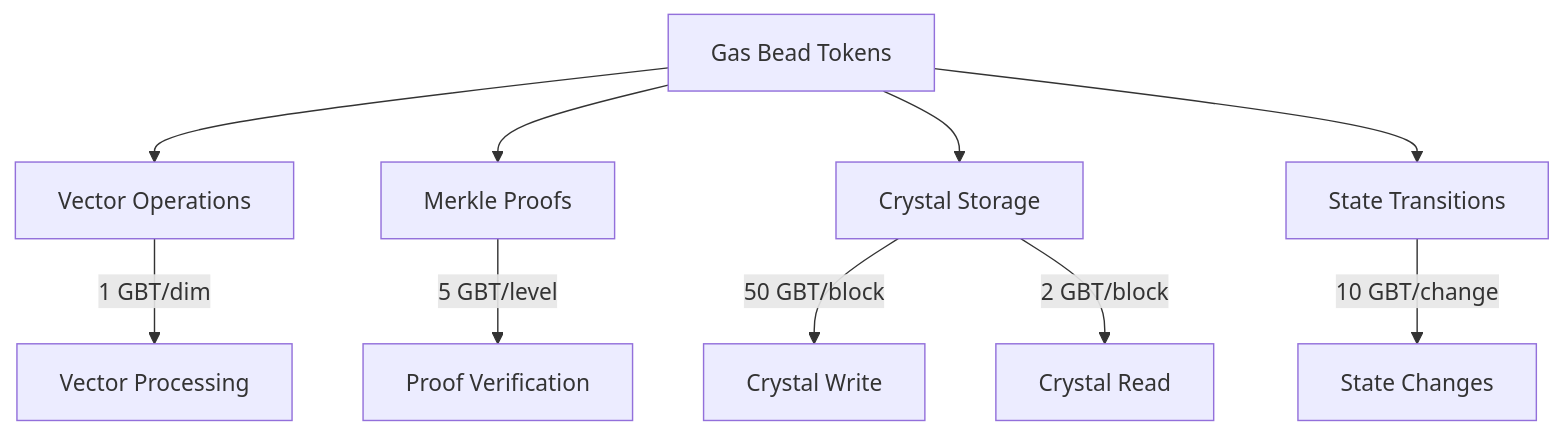
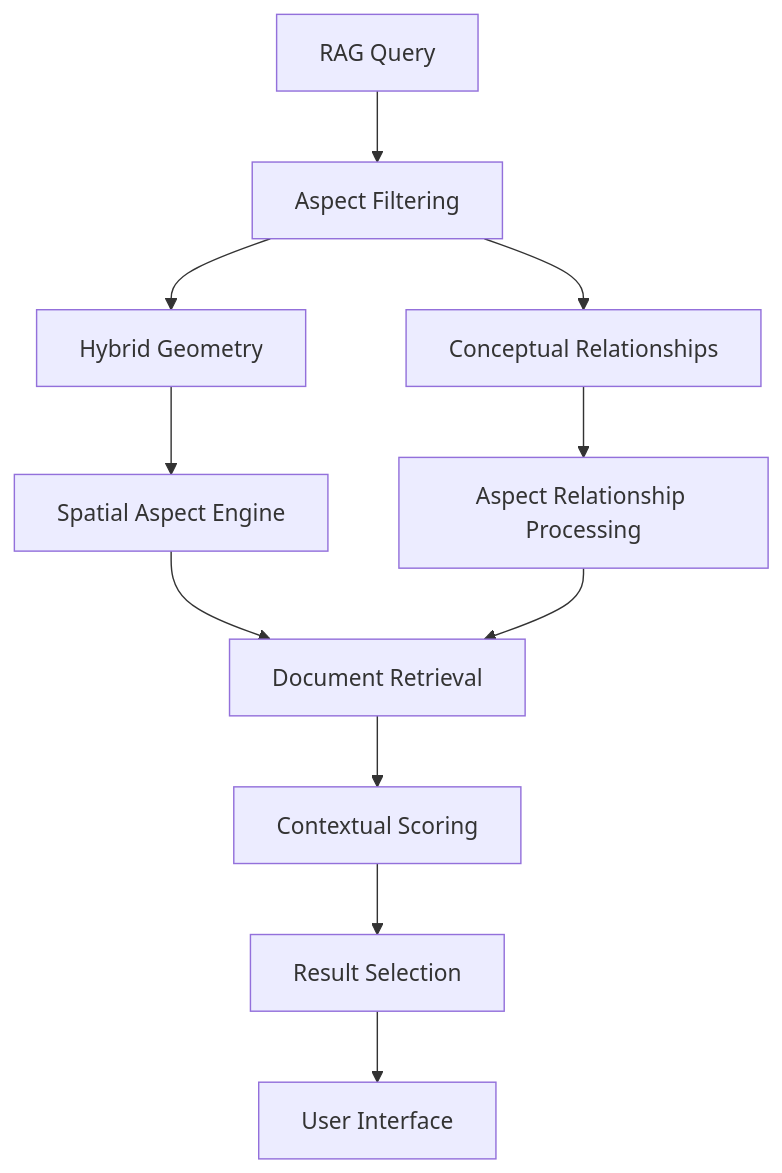
The ninth of 13 diagrams in docs/2. the cybernetic system/memorativa-2-22-percept-computational-architecture.md (heavyblotto/memorativa), drawn with Mermaid before and after one commit. The commit also changed other lines of this file and 2 other files, not shown here.

````diff
--- a/docs/2. the cybernetic system/memorativa-2-22-percept-computational-architecture.md
+++ b/docs/2. the cybernetic system/memorativa-2-22-percept-computational-architecture.md
@@ -548,13 +766,17 @@
 ```mermaid
 graph TD
-    GBT[Gas Bead Tokens] --> VO[Vector Operations]
-    GBT --> MP[Merkle Proofs]
-    GBT --> CS[Crystal Storage]
-    GBT --> ST[State Transitions]
+    RQ[RAG Query] --> AF[Aspect Filtering]
+    AF --> HG[Hybrid Geometry]
+    AF --> CR[Conceptual Relationships]
     
-    VO --> |1 GBT/dim| Vector[Vector Processing]
-    MP --> |5 GBT/level| Proof[Proof Verification]
-    CS --> |50 GBT/block| Store[Crystal Write]
-    CS --> |2 GBT/block| Read[Crystal Read]
-    ST --> |10 GBT/change| State[State Changes]
+    HG --> SAE[Spatial Aspect Engine]
+    CR --> ARP[Aspect Relationship Processing]
+    
+    SAE --> DR[Document Retrieval]
+    ARP --> DR
+    
+    DR --> CS[Contextual Scoring]
+    CS --> RS[Result Selection]
+    
+    RS --> UI[User Interface]
 ```
````
